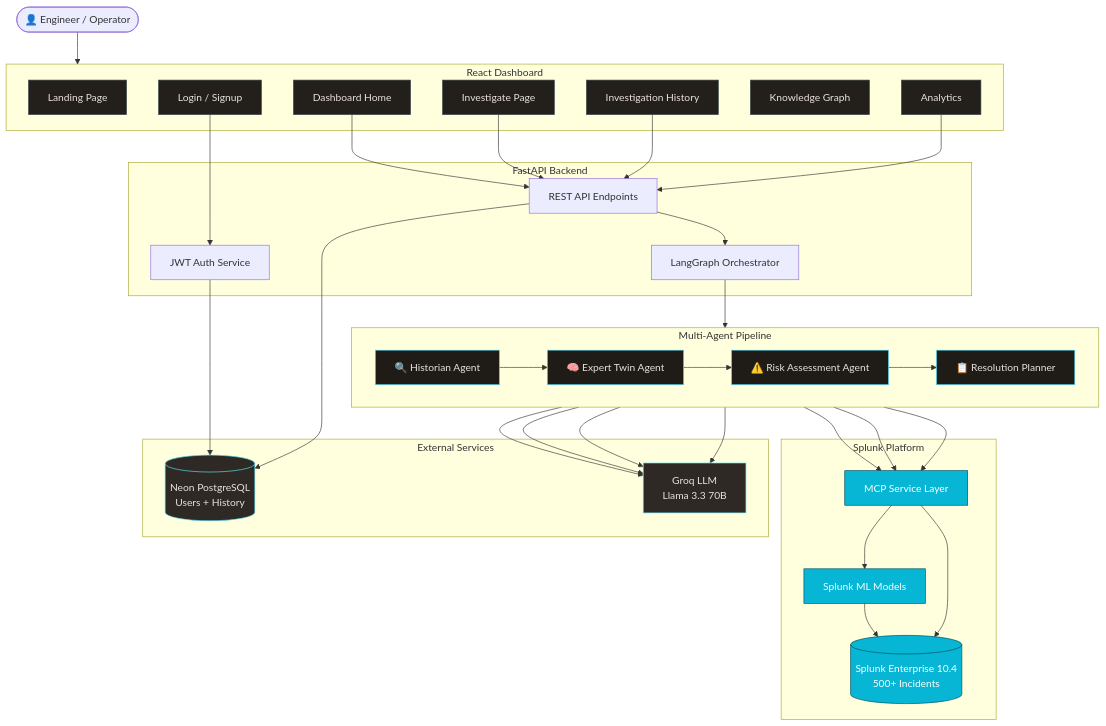
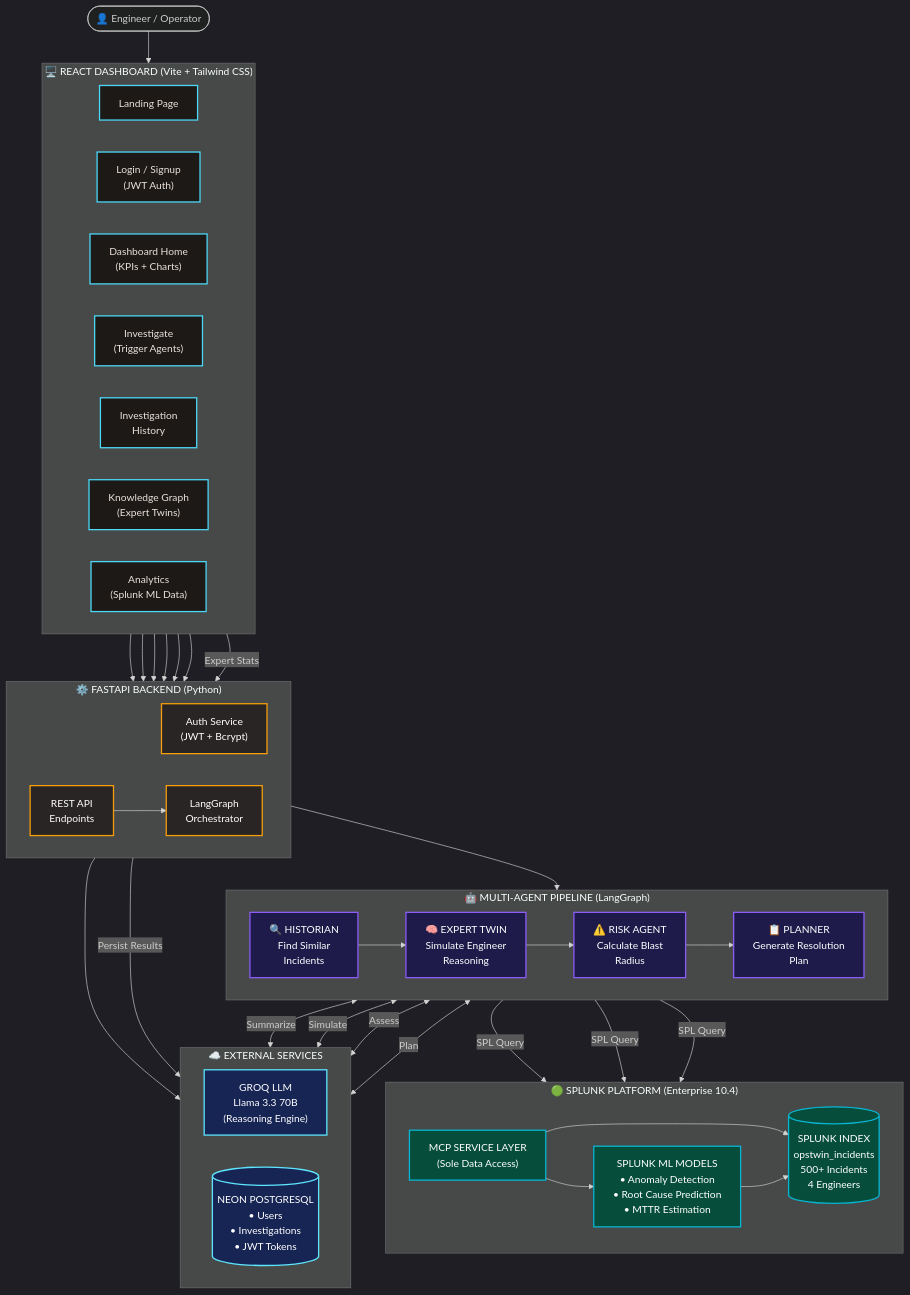
The first of 2 diagrams in architecture_diagram.md (Cyberexe1/OpsTwin-AI), drawn with Mermaid before and after one commit. The commit also changed other lines of this file and 1 other file, not shown here.

First line of the commit message:
chore: Add MIT license and enhance architecture documentation

````diff
--- a/architecture_diagram.md
+++ b/architecture_diagram.md
@@ -3,93 +3,106 @@
 ```mermaid
+%%{init: {'theme': 'dark', 'themeVariables': {'fontSize': '16px'}}}%%
 flowchart TB
-    %% User Layer
-    User([👤 Engineer / Operator])
+    %% User
+    User(["👤 Engineer / Operator"])
 
-    %% Frontend
-    subgraph Frontend["React Dashboard"]
-        Landing[Landing Page]
-        Login[Login / Signup]
-        Dashboard[Dashboard Home]
-        Investigate[Investigate Page]
-        History[Investigation History]
-        Knowledge[Knowledge Graph]
-        Analytics[Analytics]
+    %% Frontend Layer
+    subgraph FRONTEND["🖥️ REACT DASHBOARD (Vite + Tailwind CSS)"]
+        direction LR
+        Landing["Landing Page"]
+        Login["Login / Signup<br/>(JWT Auth)"]
+        Dashboard["Dashboard Home<br/>(KPIs + Charts)"]
+        Investigate["Investigate<br/>(Trigger Agents)"]
+        History["Investigation<br/>History"]
+        Knowledge["Knowledge Graph<br/>(Expert Twins)"]
+        Analytics["Analytics<br/>(Splunk ML Data)"]
     end
 
-    %% Backend API
-    subgraph Backend["FastAPI Backend"]
-        Auth[JWT Auth Service]
-        API[REST API Endpoints]
-        Orchestrator[LangGraph Orchestrator]
+    %% Backend Layer
+    subgraph BACKEND["⚙️ FASTAPI BACKEND (Python)"]
+        direction LR
+        AuthService["Auth Service<br/>(JWT + Bcrypt)"]
+        APIRoutes["REST API<br/>Endpoints"]
+        LangGraphEngine["LangGraph<br/>Orchestrator"]
     end
 
     %% Agent Layer
-    subgraph Agents["Multi-Agent Pipeline"]
+    subgraph AGENTS["🤖 MULTI-AGENT PIPELINE (LangGraph)"]
         direction LR
-        Historian[🔍 Historian Agent]
-        ExpertTwin[🧠 Expert Twin Agent]
-        RiskAgent[⚠️ Risk Assessment Agent]
-        Planner[📋 Resolution Planner]
+        Historian["🔍 HISTORIAN<br/>Find Similar<br/>Incidents"]
+        ExpertTwin["🧠 EXPERT TWIN<br/>Simulate Engineer<br/>Reasoning"]
+        RiskAgent["⚠️ RISK AGENT<br/>Calculate Blast<br/>Radius"]
+        Planner["📋 PLANNER<br/>Generate Resolution<br/>Plan"]
     end
 
     %% Splunk Layer
-    subgraph Splunk["Splunk Platform"]
-        MCP[MCP Service Layer]
-        SplunkML[Splunk ML Models]
-        SplunkData[(Splunk Enterprise 10.4\n500+ Incidents)]
+    subgraph SPLUNK["🟢 SPLUNK PLATFORM (Enterprise 10.4)"]
+        direction LR
+        MCPLayer["MCP SERVICE LAYER<br/>(Sole Data Access)"]
+        SplunkML["SPLUNK ML MODELS<br/>• Anomaly Detection<br/>• Root Cause Prediction<br/>• MTTR Estimation"]
+        SplunkDB[("SPLUNK INDEX<br/>opstwin_incidents<br/>500+ Incidents<br/>4 Engineers")]
     end
 
-    %% External Services
-    subgraph External["External Services"]
-        Groq[Groq LLM\nLlama 3.3 70B]
-        Neon[(Neon PostgreSQL\nUsers + History)]
+    %% External
+    subgraph EXTERNAL["☁️ EXTERNAL SERVICES"]
+        direction LR
+        GroqLLM["GROQ LLM<br/>Llama 3.3 70B<br/>(Reasoning Engine)"]
+        NeonDB[("NEON POSTGRESQL<br/>• Users<br/>• Investigations<br/>• JWT Tokens")]
     end
 
-    %% Connections - User to Frontend
-    User --> Frontend
+    %% === CONNECTIONS ===
+
+    %% User to Frontend
+    User --> FRONTEND
 
     %% Frontend to Backend
-    Login --> Auth
-    Investigate --> API
-    Dashboard --> API
-    History --> API
-    Analytics --> API
+    Login --> AuthService
+    Dashboard --> APIRoutes
+    Investigate --> APIRoutes
+    History --> APIRoutes
+    Knowledge --> APIRoutes
+    Analytics --> APIRoutes
 
     %% Backend to Agents
-    API --> Orchestrator
-    Orchestrator --> Historian
+    APIRoutes --> LangGraphEngine
+    LangGraphEngine --> Historian
     Historian --> ExpertTwin
     ExpertTwin --> RiskAgent
     RiskAgent --> Planner
 
-    %% Agents to Splunk MCP
-    Historian --> MCP
-    ExpertTwin --> MCP
-    RiskAgent --> MCP
-    Planner --> Groq
+    %% ALL Agents to Splunk MCP (sole data access)
+    Historian -->|"SPL Query"| MCPLayer
+    ExpertTwin -->|"SPL Query"| MCPLayer
+    RiskAgent -->|"SPL Query"| MCPLayer
 
     %% Splunk Internal
-    MCP --> SplunkData
-    MCP --> SplunkML
-    SplunkML --> SplunkData
+    MCPLayer --> SplunkDB
+    MCPLayer --> SplunkML
+    SplunkML --> SplunkDB
 
-    %% Agents to LLM
-    Historian --> Groq
-    ExpertTwin --> Groq
-    RiskAgent --> Groq
+    %% Agents to LLM (bidirectional — send context, receive reasoning)
+    Historian <-->|"Summarize"| GroqLLM
+    ExpertTwin <-->|"Simulate"| GroqLLM
+    RiskAgent <-->|"Assess"| GroqLLM
+    Planner <-->|"Plan"| GroqLLM
 
     %% Backend to Database
-    Auth --> Neon
-    API --> Neon
+    AuthService --> NeonDB
+    APIRoutes -->|"Persist Results"| NeonDB
+
+    %% Knowledge page to Splunk
+    Knowledge -->|"Expert Stats"| APIRoutes
 
     %% Styling
-    classDef splunk fill:#06b6d4,stroke:#004e5c,color:#fff
-    classDef agent fill:#1f1b17,stroke:#4cd7f6,color:#eae1da
-    classDef frontend fill:#231f1b,stroke:#3d494c,color:#eae1da
-    classDef external fill:#2e2925,stroke:#5de6ff,color:#eae1da
+    classDef splunkStyle fill:#064e3b,stroke:#06b6d4,stroke-width:2px,color:#fff
+    classDef agentStyle fill:#1e1b4b,stroke:#8b5cf6,stroke-width:2px,color:#fff
+    classDef frontendStyle fill:#1c1917,stroke:#4cd7f6,stroke-width:2px,color:#eae1da
+    classDef externalStyle fill:#172554,stroke:#5de6ff,stroke-width:2px,color:#fff
+    classDef backendStyle fill:#292524,stroke:#f59e0b,stroke-width:2px,color:#fff
 
-    class MCP,SplunkML,SplunkData splunk
-    class Historian,ExpertTwin,RiskAgent,Planner agent
-    class Landing,Login,Dashboard,Investigate,History,Knowledge,Analytics frontend
-    class Groq,Neon external
+    class MCPLayer,SplunkML,SplunkDB splunkStyle
+    class Historian,ExpertTwin,RiskAgent,Planner agentStyle
+    class Landing,Login,Dashboard,Investigate,History,Knowledge,Analytics frontendStyle
+    class GroqLLM,NeonDB externalStyle
+    class AuthService,APIRoutes,LangGraphEngine backendStyle
 ```
````
